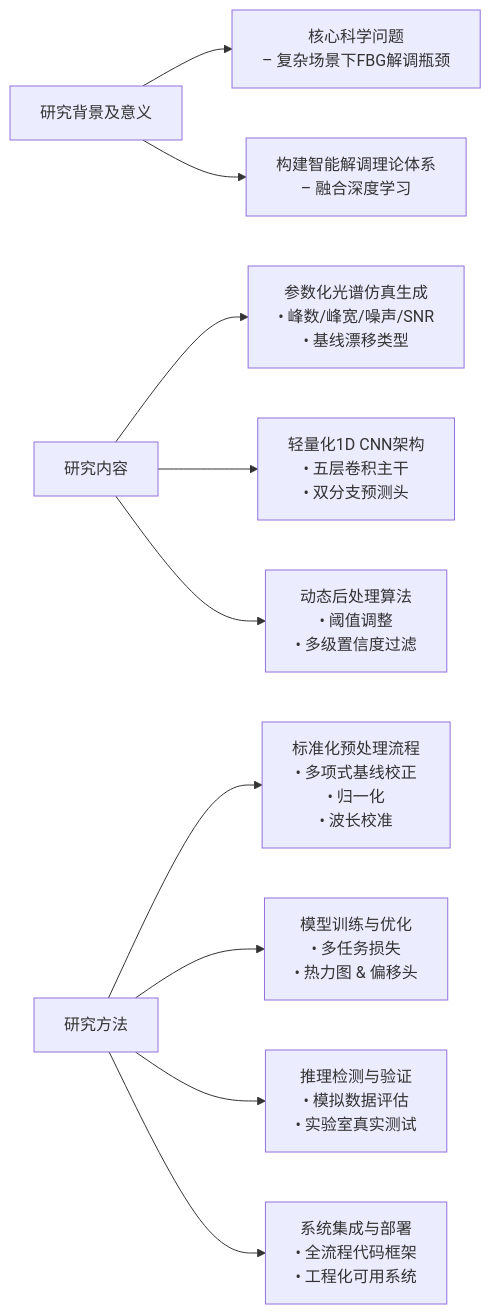
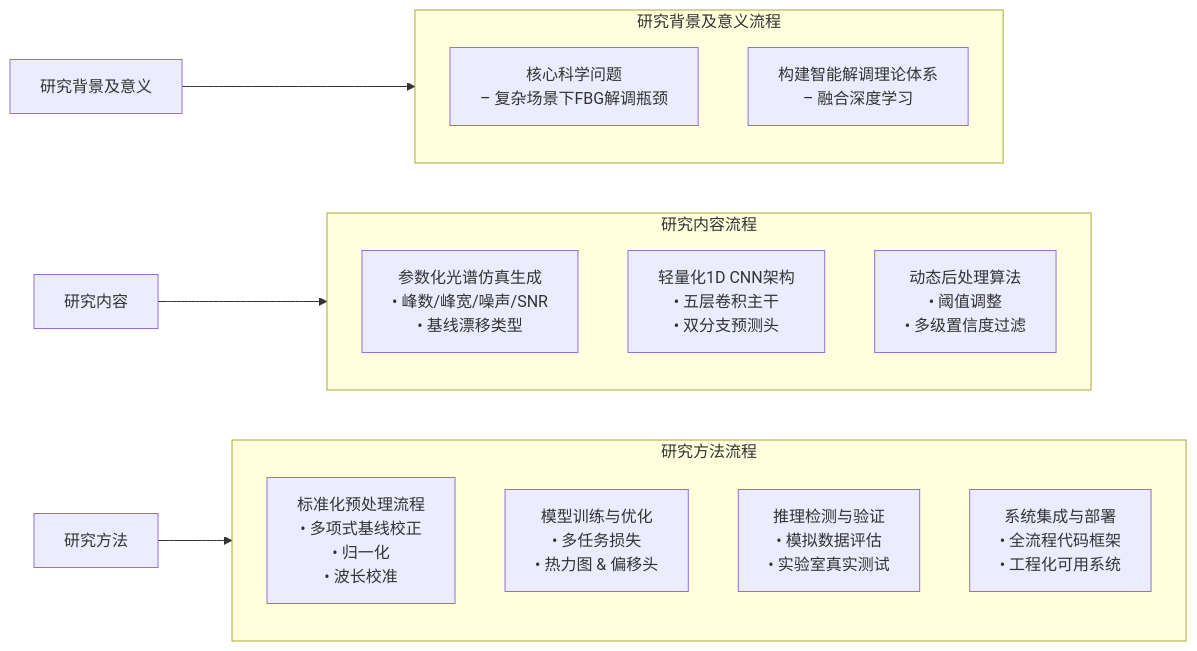
Before and after one commit to Chaccccccc/iodraw-files: the diagram in all/未命名-1.md, drawn with Mermaid.

Commit message:
2025-05-24 12:48:27 update

````diff
--- a/all/未命名-1.md
+++ b/all/未命名-1.md
@@ -1,36 +1,37 @@
 ```mermaid
 flowchart LR
-    %% 左侧：三个核心模块
+    %% 左侧：模块名称
     M1["研究背景及意义"]
     M2["研究内容"]
     M3["研究方法"]
 
-    %% 右侧：模块一子任务
-    A1["核心科学问题\n– 复杂场景下FBG解调瓶颈"]
-    A2["构建智能解调理论体系\n– 融合深度学习"]
+    %% 模块一的流程图（子图）
+    subgraph M1G["研究背景及意义流程"]
+        direction TB
+        A1["核心科学问题\n– 复杂场景下FBG解调瓶颈"]
+        A2["构建智能解调理论体系\n– 融合深度学习"]
+    end
 
-    %% 右侧：模块二子任务
-    B1["参数化光谱仿真生成\n• 峰数/峰宽/噪声/SNR\n• 基线漂移类型"]
-    B2["轻量化1D CNN架构\n• 五层卷积主干\n• 双分支预测头"]
-    B3["动态后处理算法\n• 阈值调整\n• 多级置信度过滤"]
+    %% 模块二的流程图（子图）
+    subgraph M2G["研究内容流程"]
+        direction TB
+        B1["参数化光谱仿真生成\n• 峰数/峰宽/噪声/SNR\n• 基线漂移类型"]
+        B2["轻量化1D CNN架构\n• 五层卷积主干\n• 双分支预测头"]
+        B3["动态后处理算法\n• 阈值调整\n• 多级置信度过滤"]
+    end
 
-    %% 右侧：模块三子任务
-    C1["标准化预处理流程\n• 多项式基线校正\n• 归一化\n• 波长校准"]
-    C2["模型训练与优化\n• 多任务损失\n• 热力图 & 偏移头"]
-    C3["推理检测与验证\n• 模拟数据评估\n• 实验室真实测试"]
-    C4["系统集成与部署\n• 全流程代码框架\n• 工程化可用系统"]
+    %% 模块三的流程图（子图）
+    subgraph M3G["研究方法流程"]
+        direction TB
+        C1["标准化预处理流程\n• 多项式基线校正\n• 归一化\n• 波长校准"]
+        C2["模型训练与优化\n• 多任务损失\n• 热力图 & 偏移头"]
+        C3["推理检测与验证\n• 模拟数据评估\n• 实验室真实测试"]
+        C4["系统集成与部署\n• 全流程代码框架\n• 工程化可用系统"]
+    end
 
-    %% 连线：模块 → 子任务
-    M1 --> A1
-    M1 --> A2
-
-    M2 --> B1
-    M2 --> B2
-    M2 --> B3
-
-    M3 --> C1
-    M3 --> C2
-    M3 --> C3
-    M3 --> C4
+    %% 连线：模块 → 对应子图
+    M1 --> M1G
+    M2 --> M2G
+    M3 --> M3G
 
 ```
````
